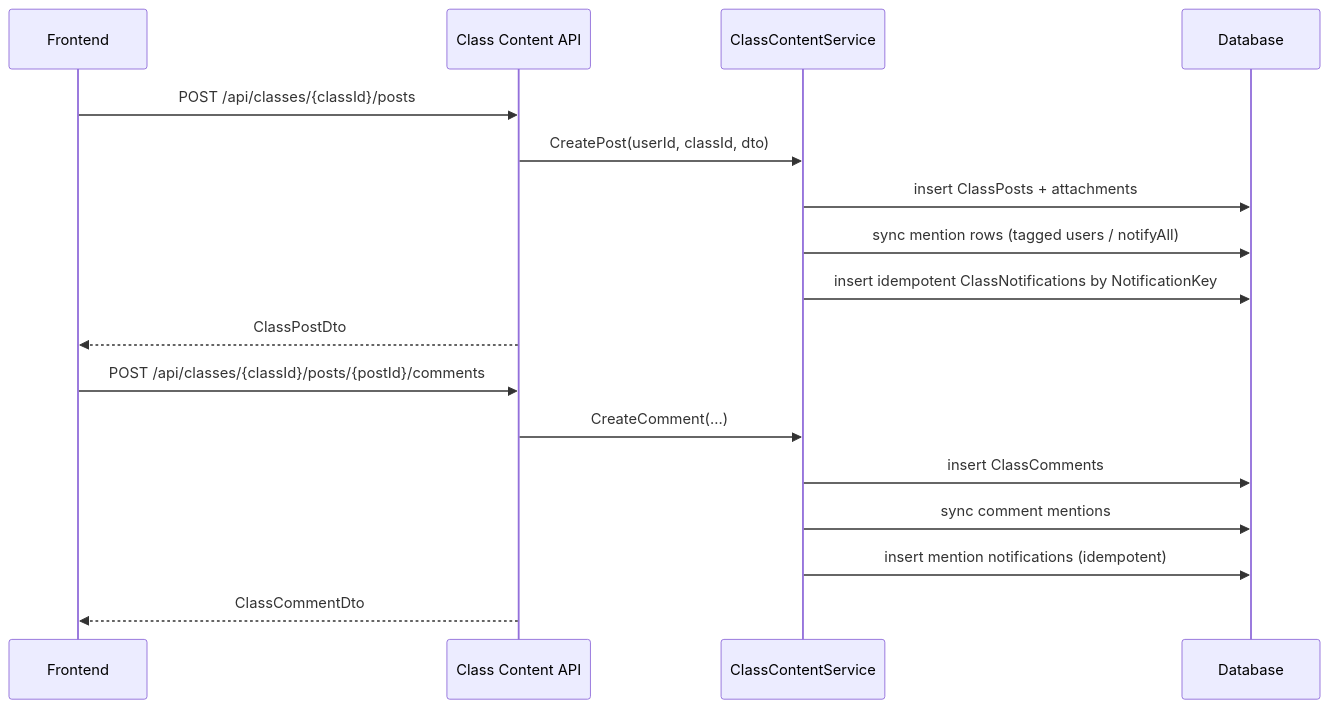
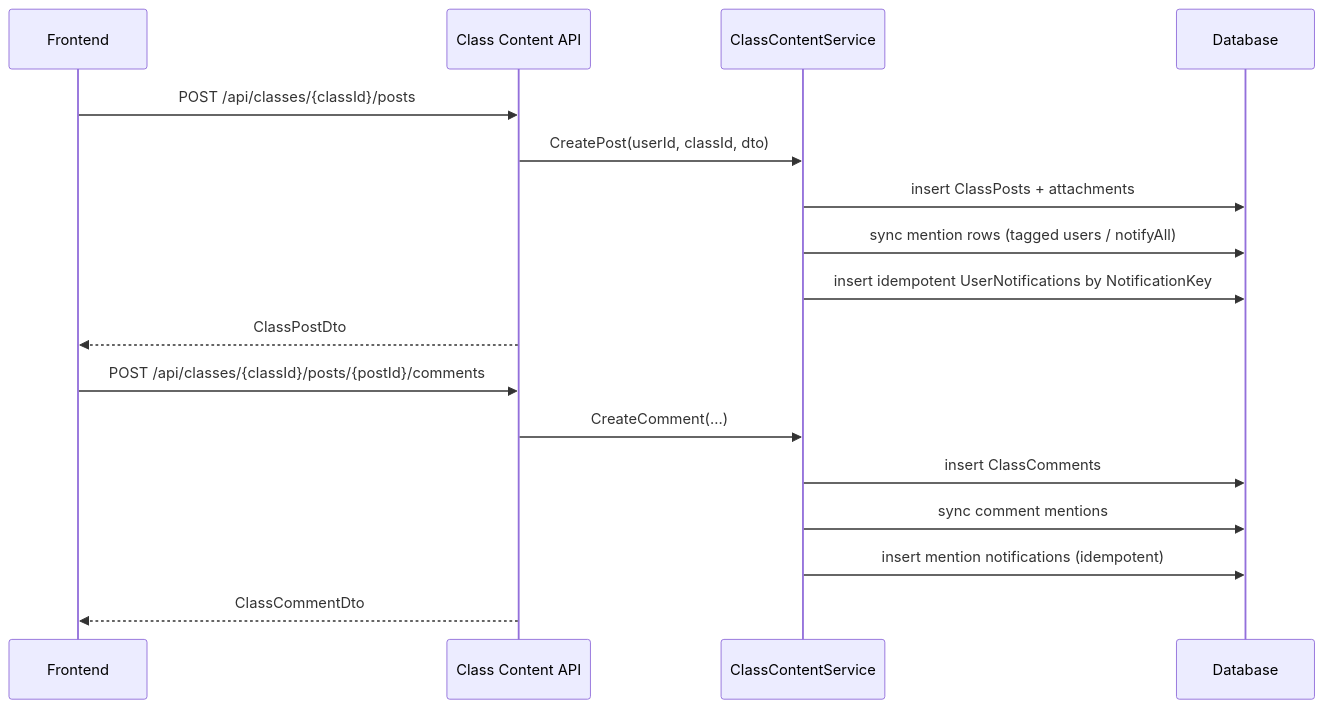
The first of 3 diagrams in docs/features/api-flow-class-content.md (Nguyentheanh1424/examxy), drawn with Mermaid before and after one commit. The commit also changed other lines of this file and 27 other files, not shown here.

First line of the commit message:
feat(notifications): implement user notification system

````diff
--- a/docs/features/api-flow-class-content.md
+++ b/docs/features/api-flow-class-content.md
@@ -5,21 +5,21 @@
 ```mermaid
 sequenceDiagram
     participant FE as Frontend
     participant API as Class Content API
     participant SVC as ClassContentService
     participant DB as Database
 
     FE->>API: POST /api/classes/{classId}/posts
     API->>SVC: CreatePost(userId, classId, dto)
     SVC->>DB: insert ClassPosts + attachments
     SVC->>DB: sync mention rows (tagged users / notifyAll)
-    SVC->>DB: insert idempotent ClassNotifications by NotificationKey
+    SVC->>DB: insert idempotent UserNotifications by NotificationKey
     API-->>FE: ClassPostDto
 
     FE->>API: POST /api/classes/{classId}/posts/{postId}/comments
     API->>SVC: CreateComment(...)
     SVC->>DB: insert ClassComments
     SVC->>DB: sync comment mentions
     SVC->>DB: insert mention notifications (idempotent)
     API-->>FE: ClassCommentDto
 ```
````
